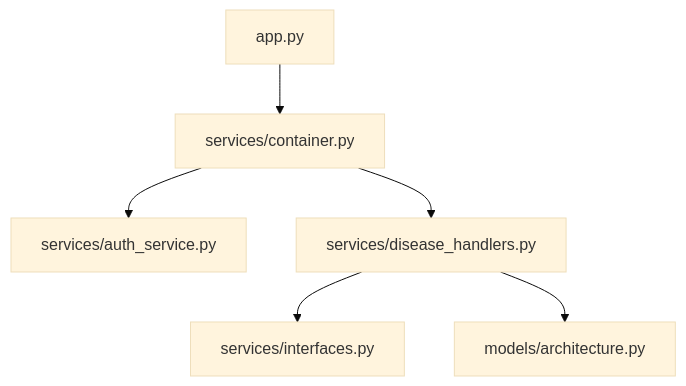
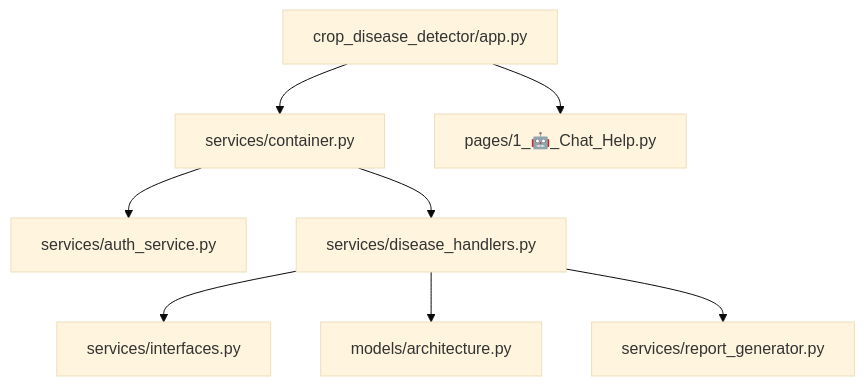
One commit to arlene006/rice-pulse-disease-detection changed the diagram in docs/PROJECT_DOCUMENTATION.md. Above: the diagram before and after it, drawn with Mermaid (base theme). The commit also changed other lines of this file and 27 other files, not shown here.

````diff
--- a/docs/PROJECT_DOCUMENTATION.md
+++ b/docs/PROJECT_DOCUMENTATION.md
@@ -47,8 +47,10 @@
 ```mermaid
 graph TD
-    App[app.py] --> Container[services/container.py]
+    App[crop_disease_detector/app.py] --> Container[services/container.py]
     Container --> Auth[services/auth_service.py]
     Container --> Handlers[services/disease_handlers.py]
     Handlers --> Interfaces[services/interfaces.py]
     Handlers --> Model[models/architecture.py]
+    Handlers --> ReportGen[services/report_generator.py]
+    App --> Chatbot[pages/1_🤖_Chat_Help.py]
 ```
````
